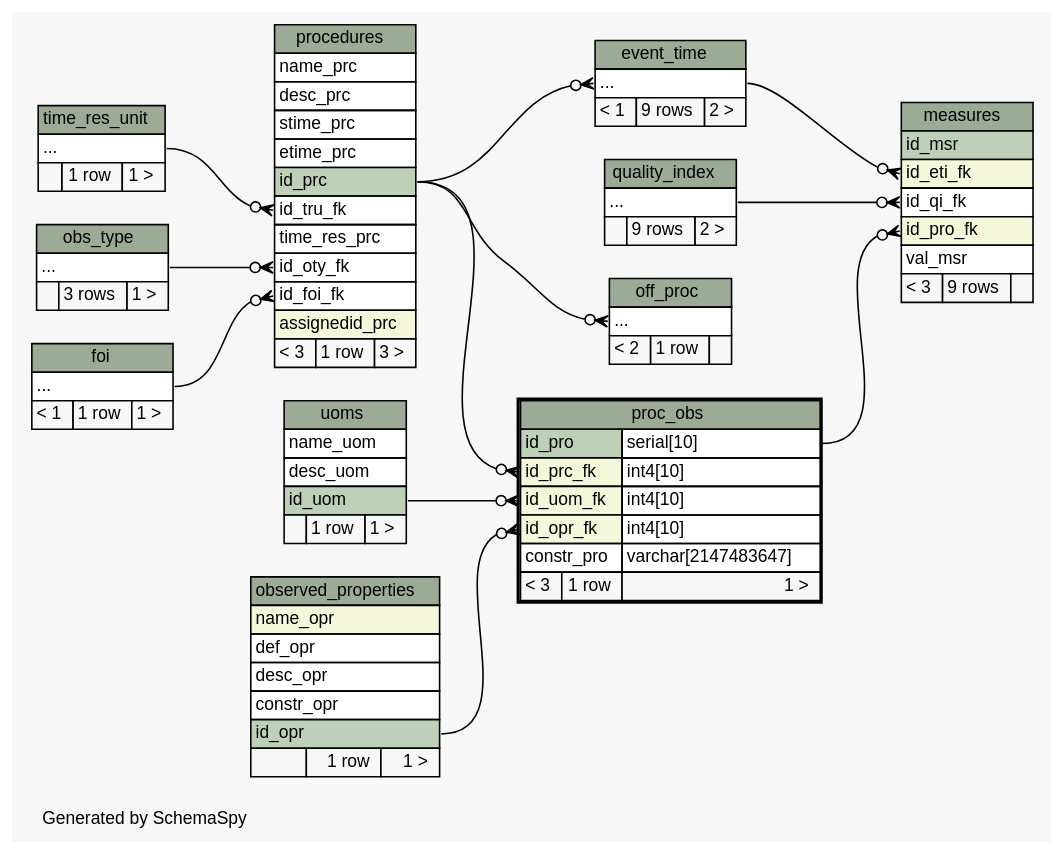
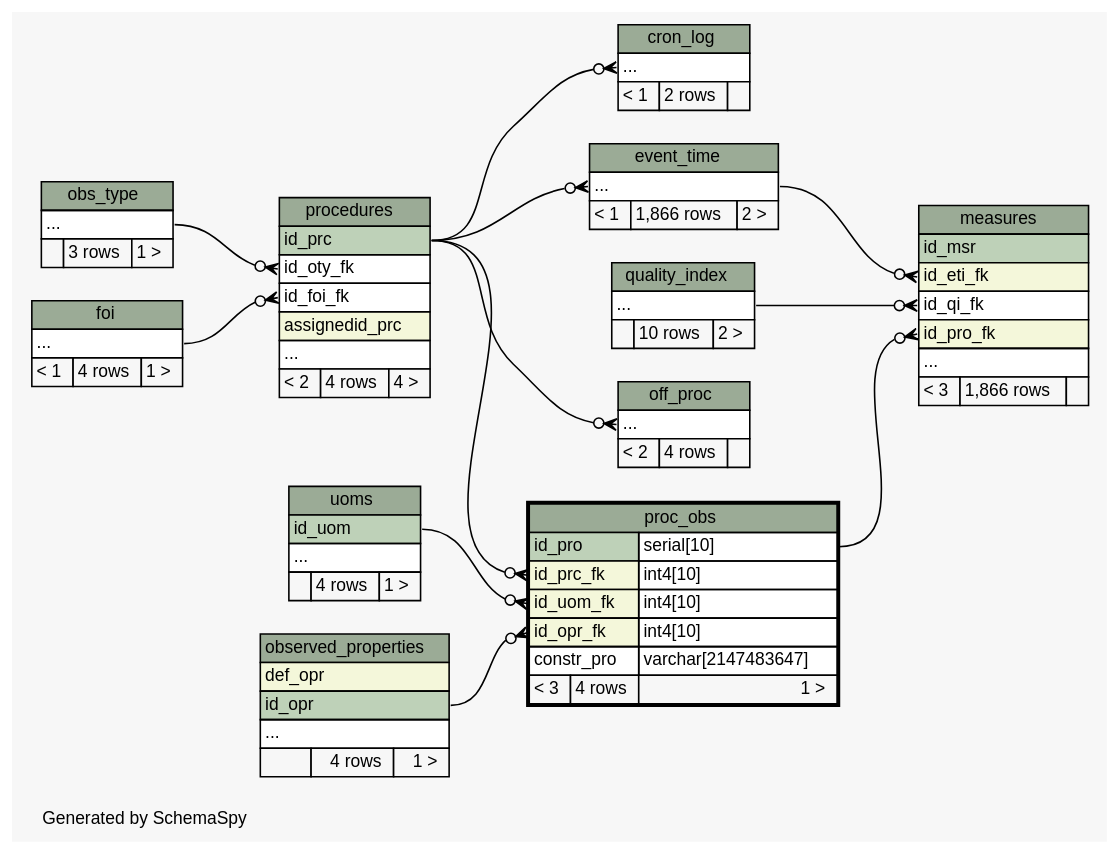
Before and after one commit to istSOS/istsos2: the diagram in documentation/_static/istsosDB/diagrams/proc_obs.2degrees.dot, drawn with Graphviz. The commit also changed 92 other files, not shown here.

Commit message:
add new schema documentation

```diff
--- a/documentation/_static/istsosDB/diagrams/proc_obs.2degrees.dot
+++ b/documentation/_static/istsosDB/diagrams/proc_obs.2degrees.dot
@@ -1,166 +1,158 @@
-// dot 2.26.3 on Linux 3.2.0-38-generic-pae
-// SchemaSpy rev 590
+// dot 2.36.0 on Linux 3.16.7-031607-generic
+// SchemaSpy rev Unknown
 digraph "twoDegreesRelationshipsDiagram" {
   graph [
     rankdir="RL"
     bgcolor="#f7f7f7"
     label="\nGenerated by SchemaSpy"
     labeljust="l"
     nodesep="0.18"
     ranksep="0.46"
     fontname="Helvetica"
     fontsize="11"
   ];
   node [
     fontname="Helvetica"
     fontsize="11"
     shape="plaintext"
   ];
   edge [
     arrowsize="0.8"
   ];
+  "cron_log":"elipses":w -> "procedures":"id_prc":e [arrowhead=none dir=back arrowtail=crowodot];
   "event_time":"elipses":w -> "procedures":"id_prc":e [arrowhead=none dir=back arrowtail=crowodot];
   "measures":"id_eti_fk":w -> "event_time":"elipses":e [arrowhead=none dir=back arrowtail=crowodot];
   "measures":"id_pro_fk":w -> "proc_obs":"id_pro.type":e [arrowhead=none dir=back arrowtail=crowodot];
   "measures":"id_qi_fk":w -> "quality_index":"elipses":e [arrowhead=none dir=back arrowtail=crowodot];
   "off_proc":"elipses":w -> "procedures":"id_prc":e [arrowhead=none dir=back arrowtail=crowodot];
   "proc_obs":"id_opr_fk":w -> "observed_properties":"id_opr":e [arrowhead=none dir=back arrowtail=crowodot];
   "proc_obs":"id_prc_fk":w -> "procedures":"id_prc":e [arrowhead=none dir=back arrowtail=crowodot];
   "proc_obs":"id_uom_fk":w -> "uoms":"id_uom":e [arrowhead=none dir=back arrowtail=crowodot];
   "procedures":"id_foi_fk":w -> "foi":"elipses":e [arrowhead=none dir=back arrowtail=crowodot];
   "procedures":"id_oty_fk":w -> "obs_type":"elipses":e [arrowhead=none dir=back arrowtail=crowodot];
-  "procedures":"id_tru_fk":w -> "time_res_unit":"elipses":e [arrowhead=none dir=back arrowtail=crowodot];
+  "cron_log" [
+    label=<
+    <TABLE BORDER="0" CELLBORDER="1" CELLSPACING="0" BGCOLOR="#ffffff">
+      <TR><TD COLSPAN="3" BGCOLOR="#9bab96" ALIGN="CENTER">cron_log</TD></TR>
+      <TR><TD PORT="elipses" COLSPAN="3" ALIGN="LEFT">...</TD></TR>
+      <TR><TD ALIGN="LEFT" BGCOLOR="#f7f7f7">&lt; 1</TD><TD ALIGN="RIGHT" BGCOLOR="#f7f7f7">2 rows</TD><TD ALIGN="RIGHT" BGCOLOR="#f7f7f7">  </TD></TR>
+    </TABLE>>
+    URL="cron_log.html"
+    tooltip="cron_log"
+  ];
   "event_time" [
     label=<
     <TABLE BORDER="0" CELLBORDER="1" CELLSPACING="0" BGCOLOR="#ffffff">
       <TR><TD COLSPAN="3" BGCOLOR="#9bab96" ALIGN="CENTER">event_time</TD></TR>
       <TR><TD PORT="elipses" COLSPAN="3" ALIGN="LEFT">...</TD></TR>
-      <TR><TD ALIGN="LEFT" BGCOLOR="#f7f7f7">&lt; 1</TD><TD ALIGN="RIGHT" BGCOLOR="#f7f7f7">9 rows</TD><TD ALIGN="RIGHT" BGCOLOR="#f7f7f7">2 &gt;</TD></TR>
+      <TR><TD ALIGN="LEFT" BGCOLOR="#f7f7f7">&lt; 1</TD><TD ALIGN="RIGHT" BGCOLOR="#f7f7f7">1,866 rows</TD><TD ALIGN="RIGHT" BGCOLOR="#f7f7f7">2 &gt;</TD></TR>
     </TABLE>>
     URL="event_time.html"
     tooltip="event_time"
   ];
   "foi" [
     label=<
     <TABLE BORDER="0" CELLBORDER="1" CELLSPACING="0" BGCOLOR="#ffffff">
       <TR><TD COLSPAN="3" BGCOLOR="#9bab96" ALIGN="CENTER">foi</TD></TR>
       <TR><TD PORT="elipses" COLSPAN="3" ALIGN="LEFT">...</TD></TR>
-      <TR><TD ALIGN="LEFT" BGCOLOR="#f7f7f7">&lt; 1</TD><TD ALIGN="RIGHT" BGCOLOR="#f7f7f7">1 row</TD><TD ALIGN="RIGHT" BGCOLOR="#f7f7f7">1 &gt;</TD></TR>
+      <TR><TD ALIGN="LEFT" BGCOLOR="#f7f7f7">&lt; 1</TD><TD ALIGN="RIGHT" BGCOLOR="#f7f7f7">4 rows</TD><TD ALIGN="RIGHT" BGCOLOR="#f7f7f7">1 &gt;</TD></TR>
     </TABLE>>
     URL="foi.html"
     tooltip="foi"
   ];
   "measures" [
     label=<
     <TABLE BORDER="0" CELLBORDER="1" CELLSPACING="0" BGCOLOR="#ffffff">
       <TR><TD COLSPAN="3" BGCOLOR="#9bab96" ALIGN="CENTER">measures</TD></TR>
       <TR><TD PORT="id_msr" COLSPAN="3" BGCOLOR="#bed1b8" ALIGN="LEFT">id_msr</TD></TR>
       <TR><TD PORT="id_eti_fk" COLSPAN="3" BGCOLOR="#f4f7da" ALIGN="LEFT">id_eti_fk</TD></TR>
       <TR><TD PORT="id_qi_fk" COLSPAN="3" ALIGN="LEFT">id_qi_fk</TD></TR>
       <TR><TD PORT="id_pro_fk" COLSPAN="3" BGCOLOR="#f4f7da" ALIGN="LEFT">id_pro_fk</TD></TR>
-      <TR><TD PORT="val_msr" COLSPAN="3" ALIGN="LEFT">val_msr</TD></TR>
-      <TR><TD ALIGN="LEFT" BGCOLOR="#f7f7f7">&lt; 3</TD><TD ALIGN="RIGHT" BGCOLOR="#f7f7f7">9 rows</TD><TD ALIGN="RIGHT" BGCOLOR="#f7f7f7">  </TD></TR>
+      <TR><TD PORT="elipses" COLSPAN="3" ALIGN="LEFT">...</TD></TR>
+      <TR><TD ALIGN="LEFT" BGCOLOR="#f7f7f7">&lt; 3</TD><TD ALIGN="RIGHT" BGCOLOR="#f7f7f7">1,866 rows</TD><TD ALIGN="RIGHT" BGCOLOR="#f7f7f7">  </TD></TR>
     </TABLE>>
     URL="measures.html"
     tooltip="measures"
   ];
   "obs_type" [
     label=<
     <TABLE BORDER="0" CELLBORDER="1" CELLSPACING="0" BGCOLOR="#ffffff">
       <TR><TD COLSPAN="3" BGCOLOR="#9bab96" ALIGN="CENTER">obs_type</TD></TR>
       <TR><TD PORT="elipses" COLSPAN="3" ALIGN="LEFT">...</TD></TR>
       <TR><TD ALIGN="LEFT" BGCOLOR="#f7f7f7">  </TD><TD ALIGN="RIGHT" BGCOLOR="#f7f7f7">3 rows</TD><TD ALIGN="RIGHT" BGCOLOR="#f7f7f7">1 &gt;</TD></TR>
     </TABLE>>
     URL="obs_type.html"
     tooltip="obs_type"
   ];
   "observed_properties" [
     label=<
     <TABLE BORDER="0" CELLBORDER="1" CELLSPACING="0" BGCOLOR="#ffffff">
       <TR><TD COLSPAN="3" BGCOLOR="#9bab96" ALIGN="CENTER">observed_properties</TD></TR>
-      <TR><TD PORT="name_opr" COLSPAN="3" BGCOLOR="#f4f7da" ALIGN="LEFT">name_opr</TD></TR>
-      <TR><TD PORT="def_opr" COLSPAN="3" ALIGN="LEFT">def_opr</TD></TR>
-      <TR><TD PORT="desc_opr" COLSPAN="3" ALIGN="LEFT">desc_opr</TD></TR>
-      <TR><TD PORT="constr_opr" COLSPAN="3" ALIGN="LEFT">constr_opr</TD></TR>
+      <TR><TD PORT="def_opr" COLSPAN="3" BGCOLOR="#f4f7da" ALIGN="LEFT">def_opr</TD></TR>
       <TR><TD PORT="id_opr" COLSPAN="3" BGCOLOR="#bed1b8" ALIGN="LEFT">id_opr</TD></TR>
-      <TR><TD ALIGN="LEFT" BGCOLOR="#f7f7f7">  </TD><TD ALIGN="RIGHT" BGCOLOR="#f7f7f7">1 row</TD><TD ALIGN="RIGHT" BGCOLOR="#f7f7f7">1 &gt;</TD></TR>
+      <TR><TD PORT="elipses" COLSPAN="3" ALIGN="LEFT">...</TD></TR>
+      <TR><TD ALIGN="LEFT" BGCOLOR="#f7f7f7">  </TD><TD ALIGN="RIGHT" BGCOLOR="#f7f7f7">4 rows</TD><TD ALIGN="RIGHT" BGCOLOR="#f7f7f7">1 &gt;</TD></TR>
     </TABLE>>
     URL="observed_properties.html"
     tooltip="observed_properties"
   ];
   "off_proc" [
     label=<
     <TABLE BORDER="0" CELLBORDER="1" CELLSPACING="0" BGCOLOR="#ffffff">
       <TR><TD COLSPAN="3" BGCOLOR="#9bab96" ALIGN="CENTER">off_proc</TD></TR>
       <TR><TD PORT="elipses" COLSPAN="3" ALIGN="LEFT">...</TD></TR>
-      <TR><TD ALIGN="LEFT" BGCOLOR="#f7f7f7">&lt; 2</TD><TD ALIGN="RIGHT" BGCOLOR="#f7f7f7">1 row</TD><TD ALIGN="RIGHT" BGCOLOR="#f7f7f7">  </TD></TR>
+      <TR><TD ALIGN="LEFT" BGCOLOR="#f7f7f7">&lt; 2</TD><TD ALIGN="RIGHT" BGCOLOR="#f7f7f7">4 rows</TD><TD ALIGN="RIGHT" BGCOLOR="#f7f7f7">  </TD></TR>
     </TABLE>>
     URL="off_proc.html"
     tooltip="off_proc"
   ];
   "proc_obs" [
     label=<
     <TABLE BORDER="2" CELLBORDER="1" CELLSPACING="0" BGCOLOR="#ffffff">
       <TR><TD COLSPAN="3" BGCOLOR="#9bab96" ALIGN="CENTER">proc_obs</TD></TR>
       <TR><TD PORT="id_pro" COLSPAN="2" BGCOLOR="#bed1b8" ALIGN="LEFT">id_pro</TD><TD PORT="id_pro.type" ALIGN="LEFT">serial[10]</TD></TR>
       <TR><TD PORT="id_prc_fk" COLSPAN="2" BGCOLOR="#f4f7da" ALIGN="LEFT">id_prc_fk</TD><TD PORT="id_prc_fk.type" ALIGN="LEFT">int4[10]</TD></TR>
       <TR><TD PORT="id_uom_fk" COLSPAN="2" BGCOLOR="#f4f7da" ALIGN="LEFT">id_uom_fk</TD><TD PORT="id_uom_fk.type" ALIGN="LEFT">int4[10]</TD></TR>
       <TR><TD PORT="id_opr_fk" COLSPAN="2" BGCOLOR="#f4f7da" ALIGN="LEFT">id_opr_fk</TD><TD PORT="id_opr_fk.type" ALIGN="LEFT">int4[10]</TD></TR>
       <TR><TD PORT="constr_pro" COLSPAN="2" ALIGN="LEFT">constr_pro</TD><TD PORT="constr_pro.type" ALIGN="LEFT">varchar[2147483647]</TD></TR>
-      <TR><TD ALIGN="LEFT" BGCOLOR="#f7f7f7">&lt; 3</TD><TD ALIGN="RIGHT" BGCOLOR="#f7f7f7">1 row</TD><TD ALIGN="RIGHT" BGCOLOR="#f7f7f7">1 &gt;</TD></TR>
+      <TR><TD ALIGN="LEFT" BGCOLOR="#f7f7f7">&lt; 3</TD><TD ALIGN="RIGHT" BGCOLOR="#f7f7f7">4 rows</TD><TD ALIGN="RIGHT" BGCOLOR="#f7f7f7">1 &gt;</TD></TR>
     </TABLE>>
     URL="proc_obs.html"
     tooltip="proc_obs"
   ];
   "procedures" [
     label=<
     <TABLE BORDER="0" CELLBORDER="1" CELLSPACING="0" BGCOLOR="#ffffff">
       <TR><TD COLSPAN="3" BGCOLOR="#9bab96" ALIGN="CENTER">procedures</TD></TR>
-      <TR><TD PORT="name_prc" COLSPAN="3" ALIGN="LEFT">name_prc</TD></TR>
-      <TR><TD PORT="desc_prc" COLSPAN="3" ALIGN="LEFT">desc_prc</TD></TR>
-      <TR><TD PORT="stime_prc" COLSPAN="3" ALIGN="LEFT">stime_prc</TD></TR>
-      <TR><TD PORT="etime_prc" COLSPAN="3" ALIGN="LEFT">etime_prc</TD></TR>
       <TR><TD PORT="id_prc" COLSPAN="3" BGCOLOR="#bed1b8" ALIGN="LEFT">id_prc</TD></TR>
-      <TR><TD PORT="id_tru_fk" COLSPAN="3" ALIGN="LEFT">id_tru_fk</TD></TR>
-      <TR><TD PORT="time_res_prc" COLSPAN="3" ALIGN="LEFT">time_res_prc</TD></TR>
       <TR><TD PORT="id_oty_fk" COLSPAN="3" ALIGN="LEFT">id_oty_fk</TD></TR>
       <TR><TD PORT="id_foi_fk" COLSPAN="3" ALIGN="LEFT">id_foi_fk</TD></TR>
       <TR><TD PORT="assignedid_prc" COLSPAN="3" BGCOLOR="#f4f7da" ALIGN="LEFT">assignedid_prc</TD></TR>
-      <TR><TD ALIGN="LEFT" BGCOLOR="#f7f7f7">&lt; 3</TD><TD ALIGN="RIGHT" BGCOLOR="#f7f7f7">1 row</TD><TD ALIGN="RIGHT" BGCOLOR="#f7f7f7">3 &gt;</TD></TR>
+      <TR><TD PORT="elipses" COLSPAN="3" ALIGN="LEFT">...</TD></TR>
+      <TR><TD ALIGN="LEFT" BGCOLOR="#f7f7f7">&lt; 2</TD><TD ALIGN="RIGHT" BGCOLOR="#f7f7f7">4 rows</TD><TD ALIGN="RIGHT" BGCOLOR="#f7f7f7">4 &gt;</TD></TR>
     </TABLE>>
     URL="procedures.html"
     tooltip="procedures"
   ];
   "quality_index" [
     label=<
     <TABLE BORDER="0" CELLBORDER="1" CELLSPACING="0" BGCOLOR="#ffffff">
       <TR><TD COLSPAN="3" BGCOLOR="#9bab96" ALIGN="CENTER">quality_index</TD></TR>
       <TR><TD PORT="elipses" COLSPAN="3" ALIGN="LEFT">...</TD></TR>
-      <TR><TD ALIGN="LEFT" BGCOLOR="#f7f7f7">  </TD><TD ALIGN="RIGHT" BGCOLOR="#f7f7f7">9 rows</TD><TD ALIGN="RIGHT" BGCOLOR="#f7f7f7">2 &gt;</TD></TR>
+      <TR><TD ALIGN="LEFT" BGCOLOR="#f7f7f7">  </TD><TD ALIGN="RIGHT" BGCOLOR="#f7f7f7">10 rows</TD><TD ALIGN="RIGHT" BGCOLOR="#f7f7f7">2 &gt;</TD></TR>
     </TABLE>>
     URL="quality_index.html"
     tooltip="quality_index"
-  ];
-  "time_res_unit" [
-    label=<
-    <TABLE BORDER="0" CELLBORDER="1" CELLSPACING="0" BGCOLOR="#ffffff">
-      <TR><TD COLSPAN="3" BGCOLOR="#9bab96" ALIGN="CENTER">time_res_unit</TD></TR>
-      <TR><TD PORT="elipses" COLSPAN="3" ALIGN="LEFT">...</TD></TR>
-      <TR><TD ALIGN="LEFT" BGCOLOR="#f7f7f7">  </TD><TD ALIGN="RIGHT" BGCOLOR="#f7f7f7">1 row</TD><TD ALIGN="RIGHT" BGCOLOR="#f7f7f7">1 &gt;</TD></TR>
-    </TABLE>>
-    URL="time_res_unit.html"
-    tooltip="time_res_unit"
   ];
   "uoms" [
     label=<
     <TABLE BORDER="0" CELLBORDER="1" CELLSPACING="0" BGCOLOR="#ffffff">
       <TR><TD COLSPAN="3" BGCOLOR="#9bab96" ALIGN="CENTER">uoms</TD></TR>
-      <TR><TD PORT="name_uom" COLSPAN="3" ALIGN="LEFT">name_uom</TD></TR>
-      <TR><TD PORT="desc_uom" COLSPAN="3" ALIGN="LEFT">desc_uom</TD></TR>
       <TR><TD PORT="id_uom" COLSPAN="3" BGCOLOR="#bed1b8" ALIGN="LEFT">id_uom</TD></TR>
-      <TR><TD ALIGN="LEFT" BGCOLOR="#f7f7f7">  </TD><TD ALIGN="RIGHT" BGCOLOR="#f7f7f7">1 row</TD><TD ALIGN="RIGHT" BGCOLOR="#f7f7f7">1 &gt;</TD></TR>
+      <TR><TD PORT="elipses" COLSPAN="3" ALIGN="LEFT">...</TD></TR>
+      <TR><TD ALIGN="LEFT" BGCOLOR="#f7f7f7">  </TD><TD ALIGN="RIGHT" BGCOLOR="#f7f7f7">4 rows</TD><TD ALIGN="RIGHT" BGCOLOR="#f7f7f7">1 &gt;</TD></TR>
     </TABLE>>
     URL="uoms.html"
     tooltip="uoms"
   ];
 }
```
